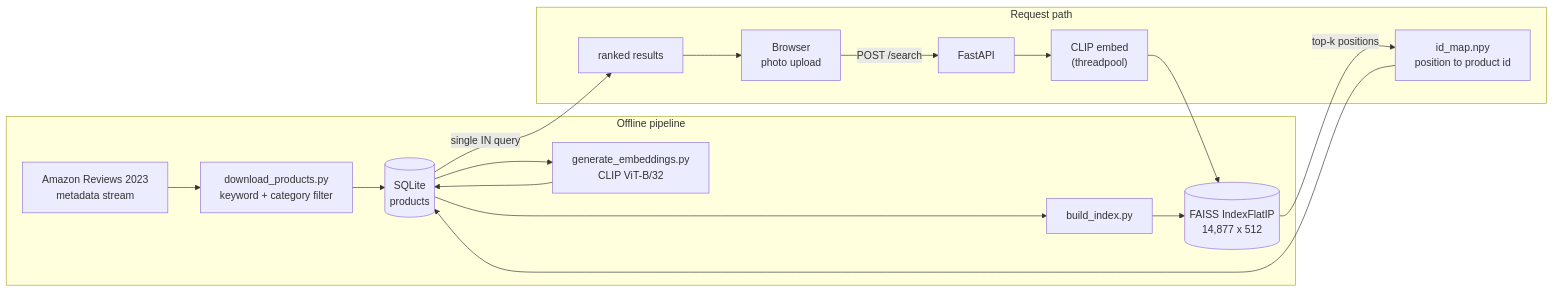
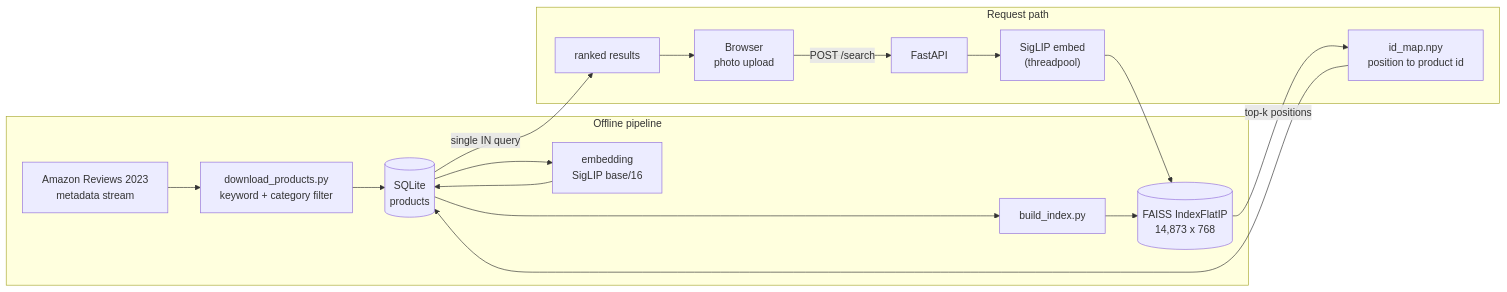
The diagram in README.md (ktran113/DormDeals), drawn with Mermaid before and after one commit. The commit also changed other lines of this file and 6 other files, not shown here.

````diff
--- a/README.md
+++ b/README.md
@@ -23,20 +27,20 @@
 ```mermaid
 flowchart LR
     subgraph offline["Offline pipeline"]
         A["Amazon Reviews 2023<br/>metadata stream"] --> B["download_products.py<br/>keyword + category filter"]
         B --> C[("SQLite<br/>products")]
-        C --> D["generate_embeddings.py<br/>CLIP ViT-B/32"]
+        C --> D["embedding<br/>SigLIP base/16"]
         D --> C
         C --> E["build_index.py"]
-        E --> F[("FAISS IndexFlatIP<br/>14,877 x 512")]
+        E --> F[("FAISS IndexFlatIP<br/>14,873 x 768")]
     end
     subgraph online["Request path"]
         G["Browser<br/>photo upload"] -->|"POST /search"| H["FastAPI"]
-        H --> I["CLIP embed<br/>(threadpool)"]
+        H --> I["SigLIP embed<br/>(threadpool)"]
         I --> F
         F -->|"top-k positions"| J["id_map.npy<br/>position to product id"]
         J --> C
         C -->|"single IN query"| K["ranked results"]
         K --> G
     end
 ```
````
